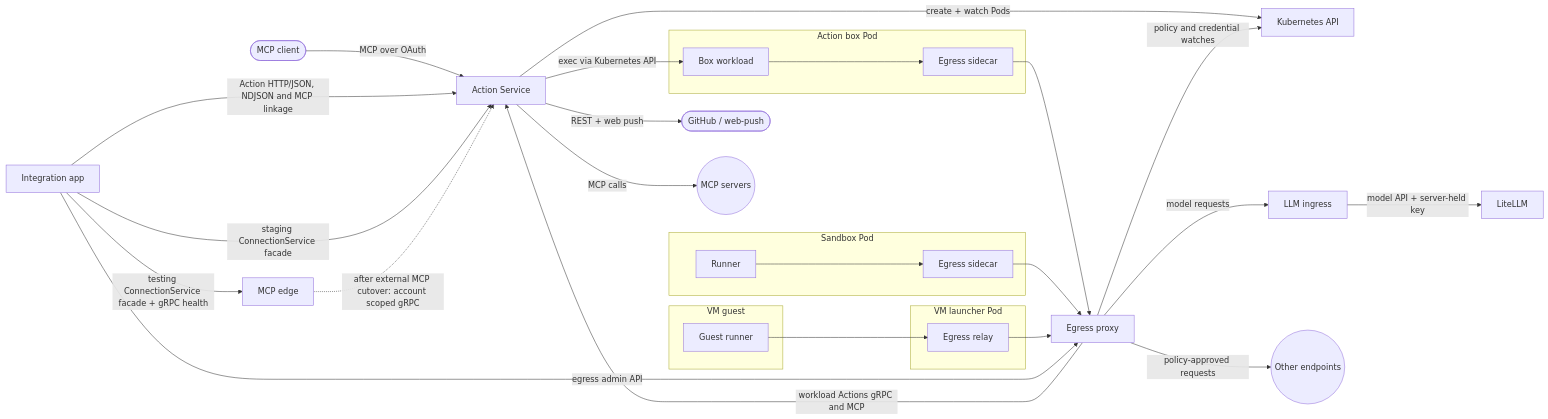
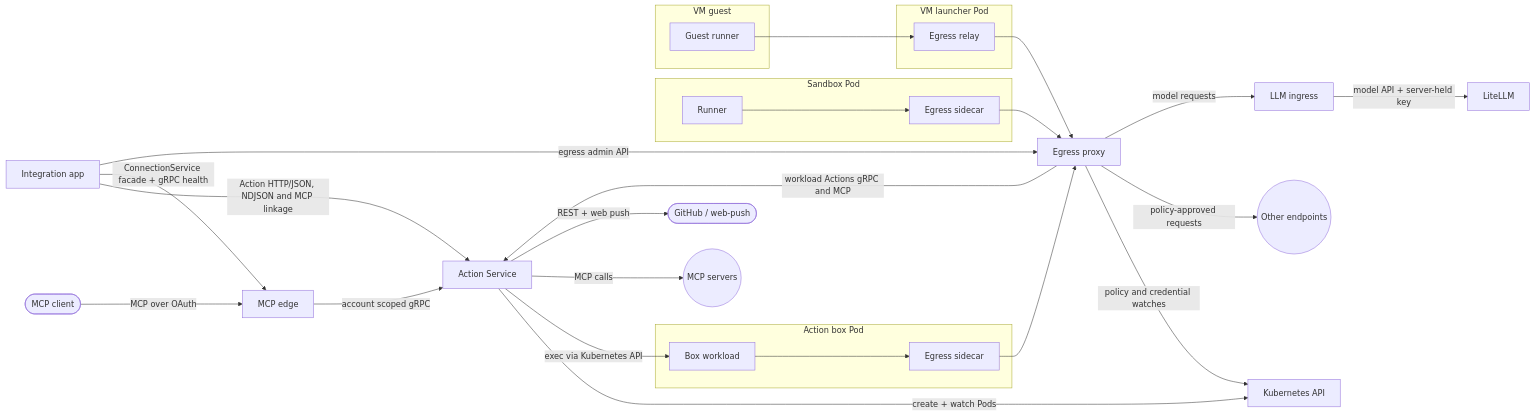
One commit to agentydragon/ducktape changed the fifth of 5 diagrams in agentplane/docs/system_overview.md. Above: the diagram before and after it, drawn with Mermaid. The commit also changed other lines of this file and 13 other files, not shown here.

Commit message:
Hand staging Connection and external MCP ownership to the edge

````diff
--- a/agentplane/docs/system_overview.md
+++ b/agentplane/docs/system_overview.md
@@ -126,47 +126,46 @@
 ```mermaid
 flowchart LR
     mcp_client([MCP client])
     github([GitHub / web-push])
     app[Integration app]
     actions[Action Service]
     edge[MCP edge]
     k8s[Kubernetes API]
     subgraph box[Action box Pod]
         workload[Box workload]
         box_sidecar[Egress sidecar]
     end
     subgraph sandbox[Sandbox Pod]
         runner[Runner]
         sidecar[Egress sidecar]
     end
     subgraph vm_guest[VM guest]
         guest[Guest runner]
     end
     subgraph vm_pod[VM launcher Pod]
         relay[Egress relay]
     end
     egress[Egress proxy]
     llm[LLM ingress]
     litellm[LiteLLM]
     other((Other endpoints))
     mcp_servers((MCP servers))
 
-    mcp_client -->|MCP over OAuth| actions
+    mcp_client -->|MCP over OAuth| edge
     app -->|Action HTTP/JSON, NDJSON and MCP linkage| actions
-    app -->|staging ConnectionService facade| actions
-    app -->|testing ConnectionService facade + gRPC health| edge
-    edge -.->|after external MCP cutover: account scoped gRPC| actions
+    app -->|ConnectionService facade + gRPC health| edge
+    edge -->|account scoped gRPC| actions
     actions -->|create + watch Pods| k8s
     actions -->|exec via Kubernetes API| workload
     workload --> box_sidecar --> egress
     runner --> sidecar --> egress
     guest --> relay --> egress
     app -->|egress admin API| egress
     egress -->|policy and credential watches| k8s
     egress -->|workload Actions gRPC and MCP| actions
     egress -->|policy-approved requests| other
     egress -->|model requests| llm
     llm -->|model API + server-held key| litellm
     actions -->|MCP calls| mcp_servers
     actions -->|REST + web push| github
 ```
````
